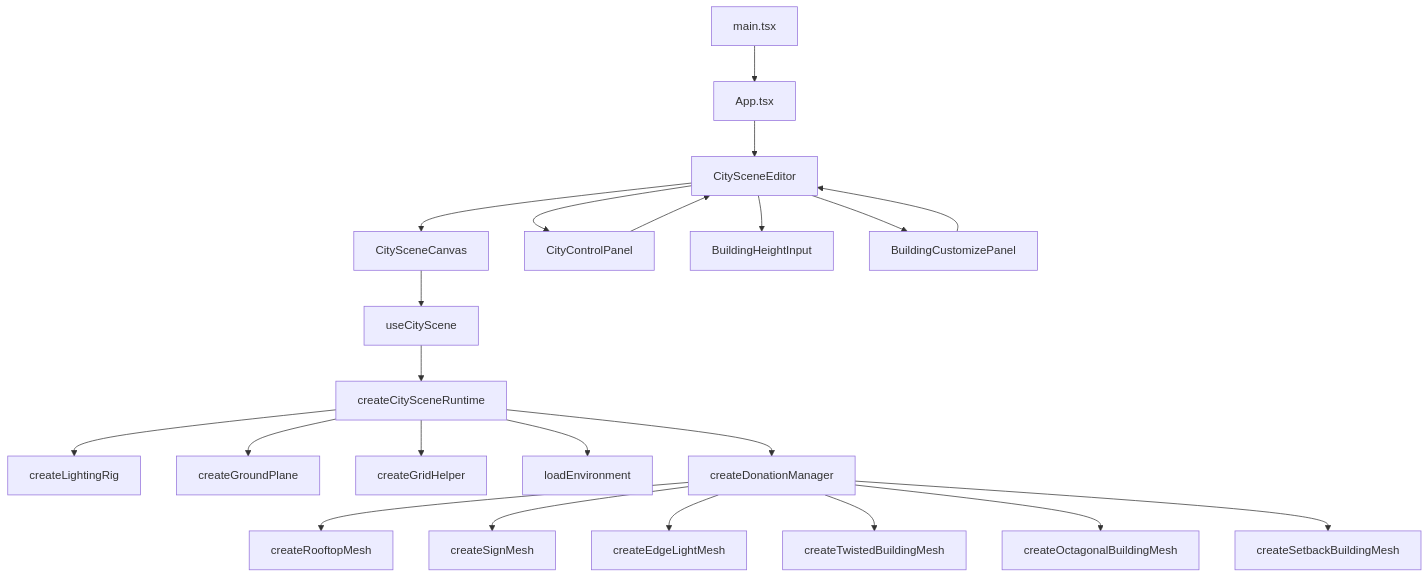
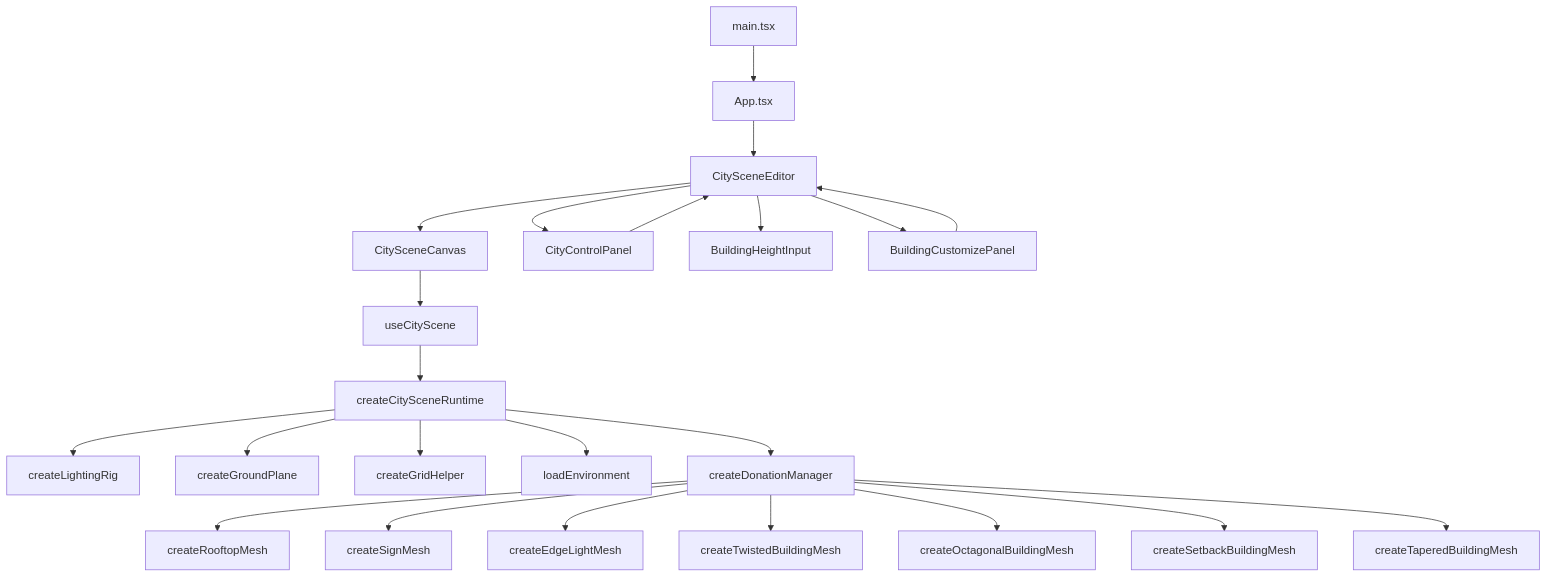
The first of 2 diagrams in doc-pixcity/index.md (RaeII/pixcity), drawn with Mermaid before and after one commit. The commit also changed other lines of this file and 7 other files, not shown here.

Commit message:
feat: add tapered supertall building shape customization

````diff
--- a/doc-pixcity/index.md
+++ b/doc-pixcity/index.md
@@ -160,24 +162,25 @@
 ```mermaid
 flowchart TD
     A[main.tsx] --> B[App.tsx]
     B --> C[CitySceneEditor]
     C --> D[CitySceneCanvas]
     C --> E[CityControlPanel]
     C --> F[BuildingHeightInput]
     C --> P[BuildingCustomizePanel]
     D --> G[useCityScene]
     G --> H[createCitySceneRuntime]
     H --> I[createLightingRig]
     H --> J[createGroundPlane]
     H --> K[createGridHelper]
     H --> L[loadEnvironment]
     H --> M[createDonationManager]
     M --> N[createRooftopMesh]
     M --> O[createSignMesh]
     M --> Q[createEdgeLightMesh]
     M --> T[createTwistedBuildingMesh]
     M --> U[createOctagonalBuildingMesh]
     M --> V[createSetbackBuildingMesh]
+    M --> W[createTaperedBuildingMesh]
     E --> C
     P --> C
 ```
````
